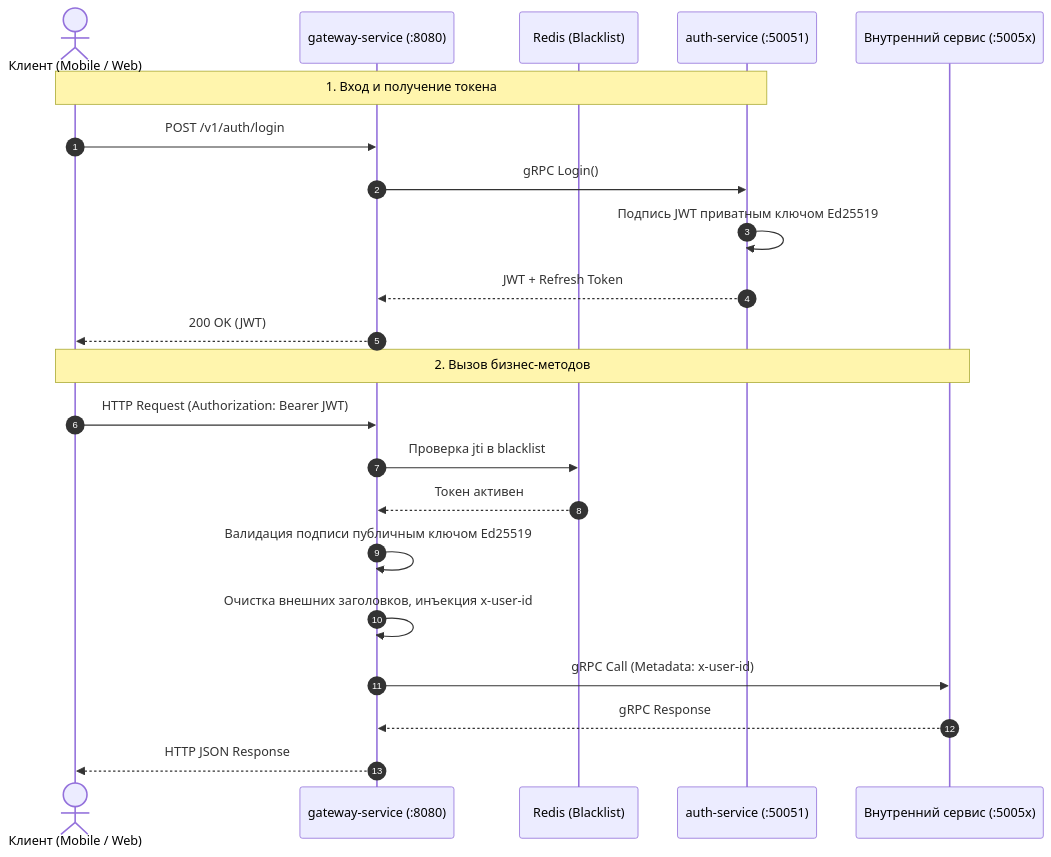
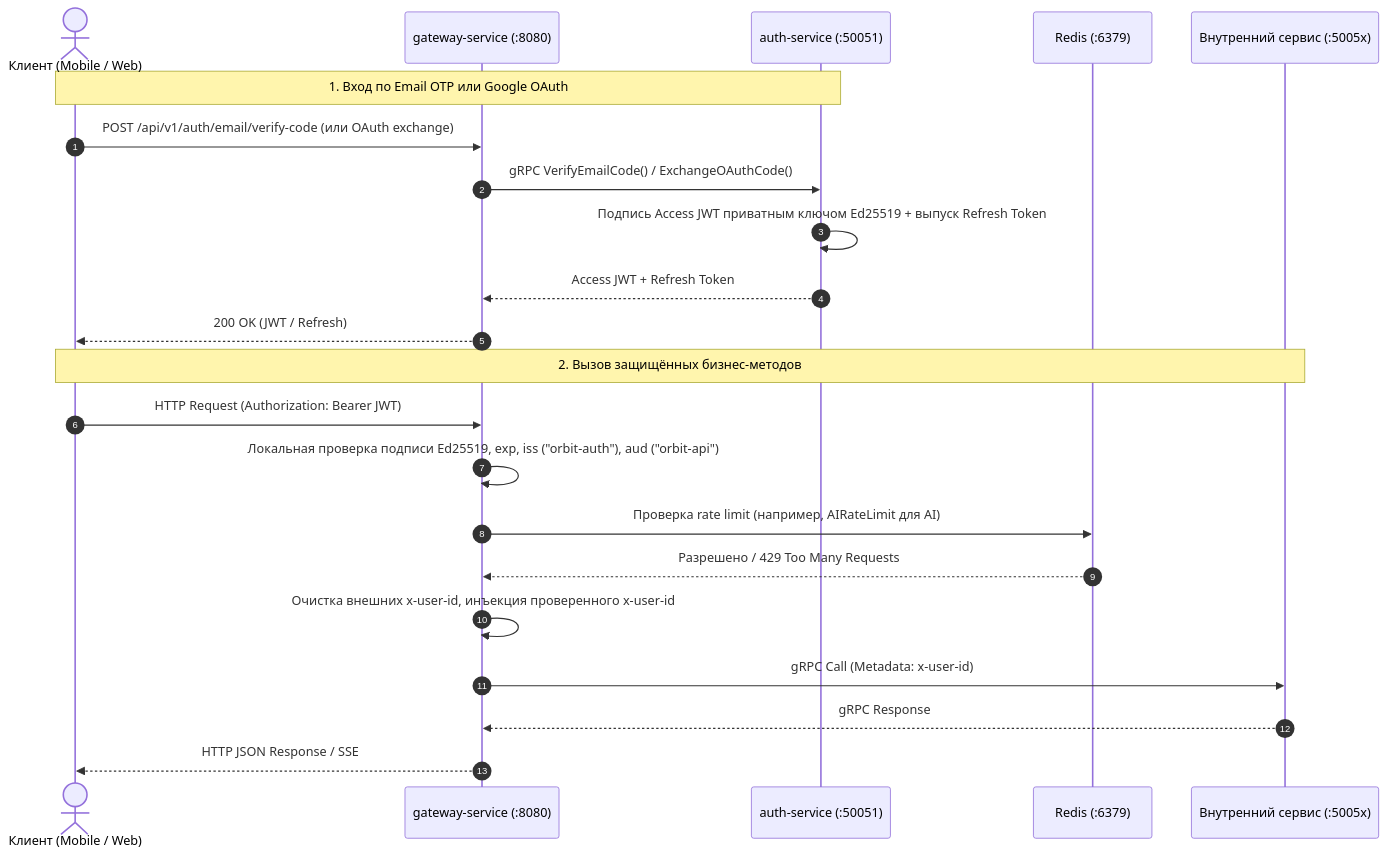
Before and after one commit to orbit-polytech/orbit-docs: the diagram in docs/explanation/auth-architecture.md, drawn with Mermaid. The commit also changed other lines of this file and 74 other files, not shown here.

````diff
--- a/docs/explanation/auth-architecture.md
+++ b/docs/explanation/auth-architecture.md
@@ -7,26 +7,26 @@
 ```mermaid
 sequenceDiagram
     autonumber
     actor Client as Клиент (Mobile / Web)
     participant GW as gateway-service (:8080)
-    participant Redis as Redis (Blacklist)
     participant Auth as auth-service (:50051)
+    participant Redis as Redis (:6379)
     participant Microservice as Внутренний сервис (:5005x)
 
-    Note over Client,Auth: 1. Вход и получение токена
-    Client->>GW: POST /v1/auth/login
-    GW->>Auth: gRPC Login()
-    Auth->>Auth: Подпись JWT приватным ключом Ed25519
-    Auth-->>GW: JWT + Refresh Token
-    GW-->>Client: 200 OK (JWT)
+    Note over Client,Auth: 1. Вход по Email OTP или Google OAuth
+    Client->>GW: POST /api/v1/auth/email/verify-code (или OAuth exchange)
+    GW->>Auth: gRPC VerifyEmailCode() / ExchangeOAuthCode()
+    Auth->>Auth: Подпись Access JWT приватным ключом Ed25519 + выпуск Refresh Token
+    Auth-->>GW: Access JWT + Refresh Token
+    GW-->>Client: 200 OK (JWT / Refresh)
 
-    Note over Client,Microservice: 2. Вызов бизнес-методов
+    Note over Client,Microservice: 2. Вызов защищённых бизнес-методов
     Client->>GW: HTTP Request (Authorization: Bearer JWT)
-    GW->>Redis: Проверка jti в blacklist
-    Redis-->>GW: Токен активен
-    GW->>GW: Валидация подписи публичным ключом Ed25519
-    GW->>GW: Очистка внешних заголовков, инъекция x-user-id
+    GW->>GW: Локальная проверка подписи Ed25519, exp, iss ("orbit-auth"), aud ("orbit-api")
+    GW->>Redis: Проверка rate limit (например, AIRateLimit для AI)
+    Redis-->>GW: Разрешено / 429 Too Many Requests
+    GW->>GW: Очистка внешних x-user-id, инъекция проверенного x-user-id
     GW->>Microservice: gRPC Call (Metadata: x-user-id)
     Microservice-->>GW: gRPC Response
-    GW-->>Client: HTTP JSON Response
+    GW-->>Client: HTTP JSON Response / SSE
 ```
````
